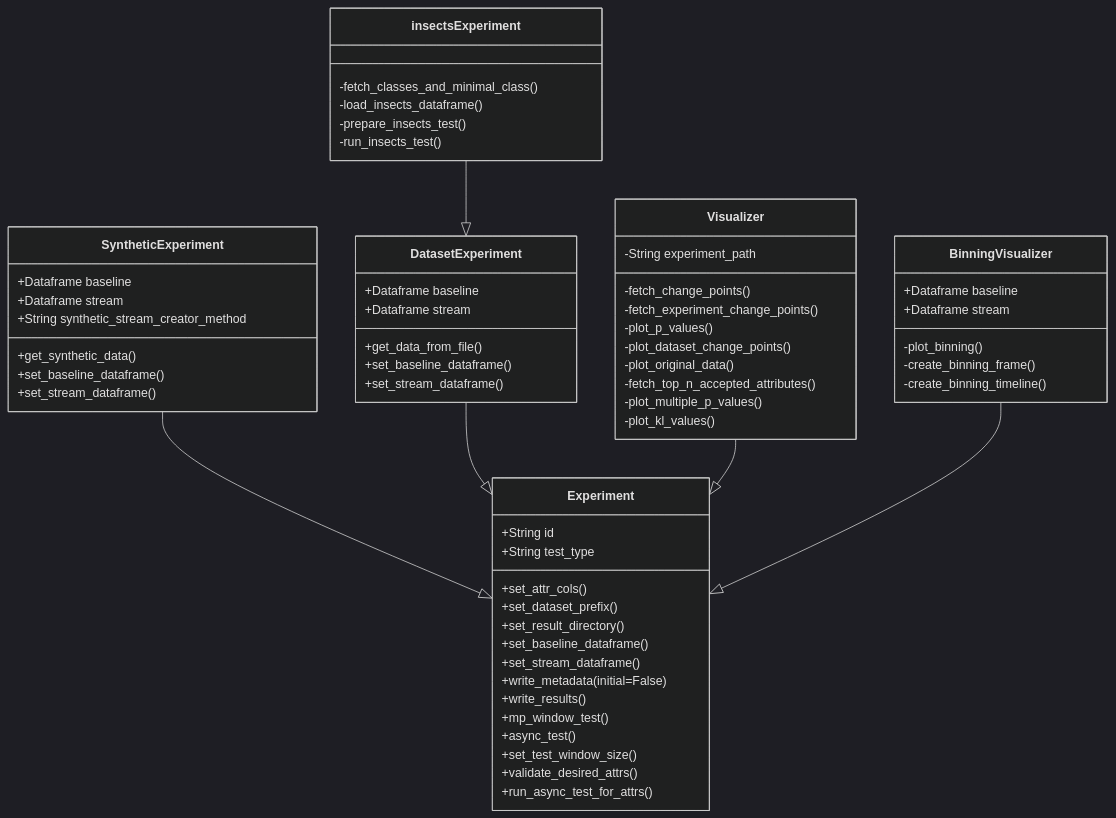
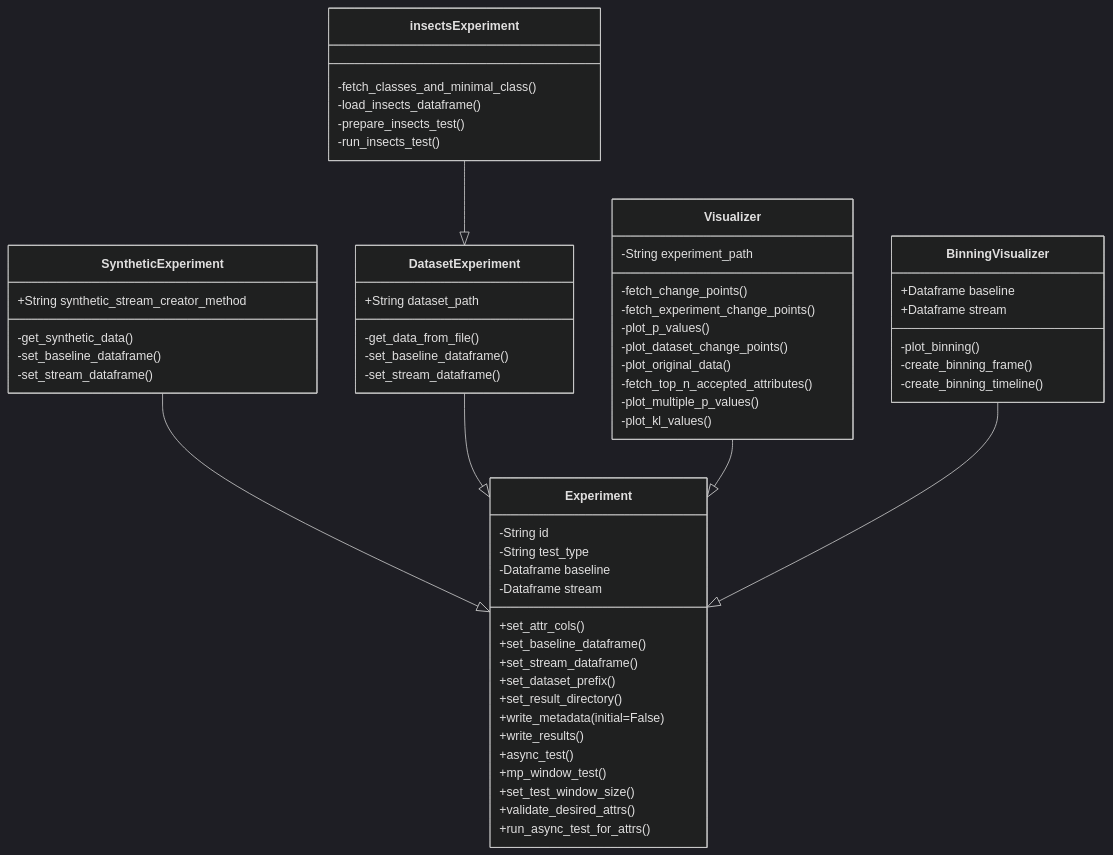
One commit to lucashelfs/drifts changed the second of 2 diagrams in dev/codes/README.md. Above: the diagram before and after it, drawn with Mermaid (dark theme).

Commit message:
docs: class diagram minor changes

````diff
--- a/dev/codes/README.md
+++ b/dev/codes/README.md
@@ -63,84 +63,83 @@
 ```mermaid
 classDiagram
 
 class Experiment{
-    +String id
-    +String test_type
+    -String id
+    -String test_type
+    -Dataframe baseline
+    -Dataframe stream
 
     +set_attr_cols()
+    +set_baseline_dataframe()
+    +set_stream_dataframe()
     +set_dataset_prefix()
     +set_result_directory()
-    +set_baseline_dataframe()
-    +set_stream_dataframe()
 
     +write_metadata(initial=False)
     +write_results() 
     
+    +async_test()
     +mp_window_test()
-    +async_test()
     +set_test_window_size()
 
     +validate_desired_attrs()
     +run_async_test_for_attrs()
 }
 
 class DatasetExperiment{
-    +Dataframe baseline
-    +Dataframe stream
+    +String dataset_path
 
-    +get_data_from_file()
-    +set_baseline_dataframe()
-    +set_stream_dataframe()
+    -get_data_from_file()
+    -set_baseline_dataframe()
+    -set_stream_dataframe()
 
 }
 
 class SyntheticExperiment{
-    +Dataframe baseline
-    +Dataframe stream
     +String synthetic_stream_creator_method
     
-    +get_synthetic_data()
-    +set_baseline_dataframe()
-    +set_stream_dataframe()
+    -get_synthetic_data()
+    -set_baseline_dataframe()
+    -set_stream_dataframe()
 }
 
 class insectsExperiment{
     -fetch_classes_and_minimal_class()
     -load_insects_dataframe()
     -prepare_insects_test()
     -run_insects_test()
 }
 
 class Visualizer{
     -String experiment_path
 
     -fetch_change_points()
     -fetch_experiment_change_points()
     -plot_p_values()
     -plot_dataset_change_points()
     -plot_original_data()
     -fetch_top_n_accepted_attributes()
     -plot_multiple_p_values()
     -plot_kl_values()
 }
 
 class BinningVisualizer{
     +Dataframe baseline
     +Dataframe stream
 
     -plot_binning()
     -create_binning_frame()
     -create_binning_timeline()
 }
 
 
 SyntheticExperiment --|> Experiment
 
 insectsExperiment --|> DatasetExperiment
 DatasetExperiment --|> Experiment
 
 Visualizer --|> Experiment
 BinningVisualizer --|> Experiment
 
 
 ```
````
